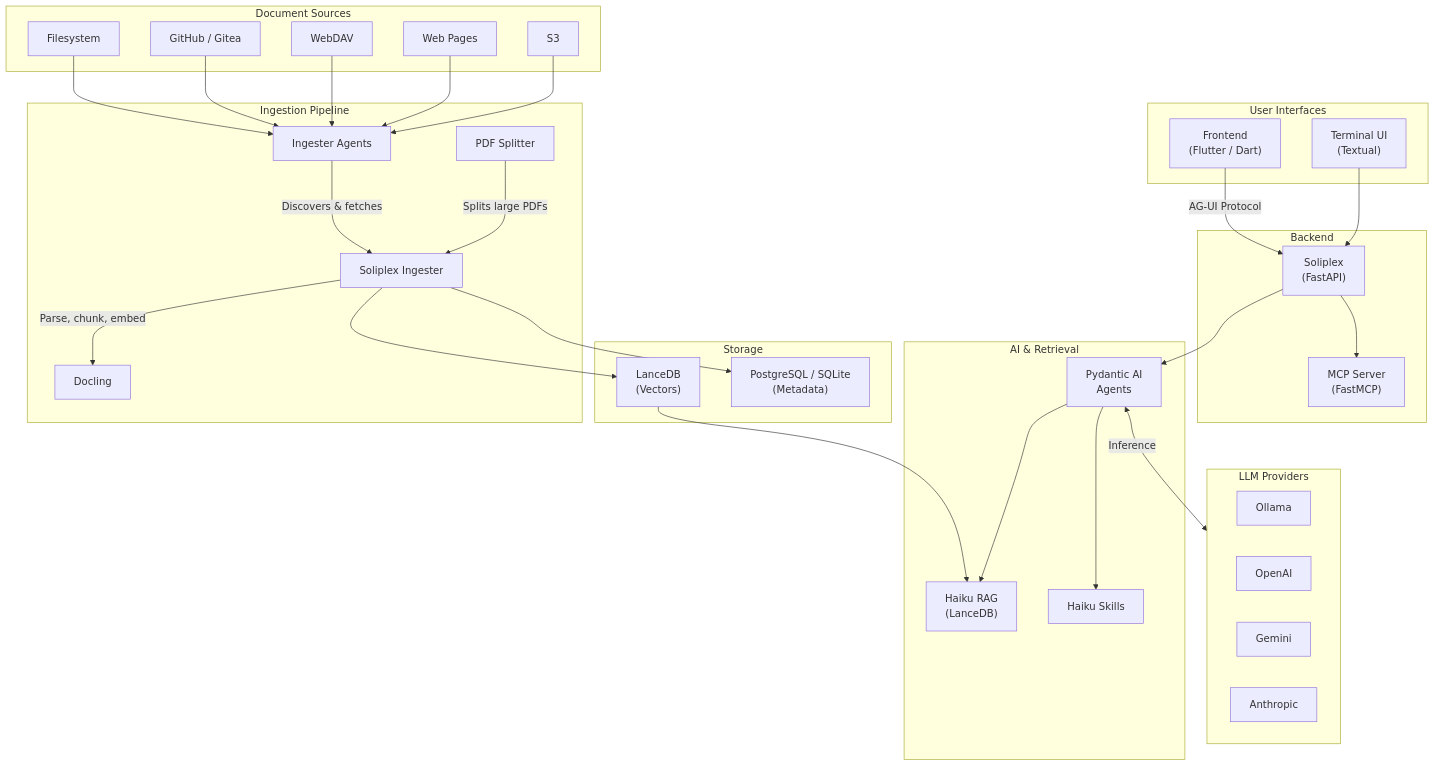
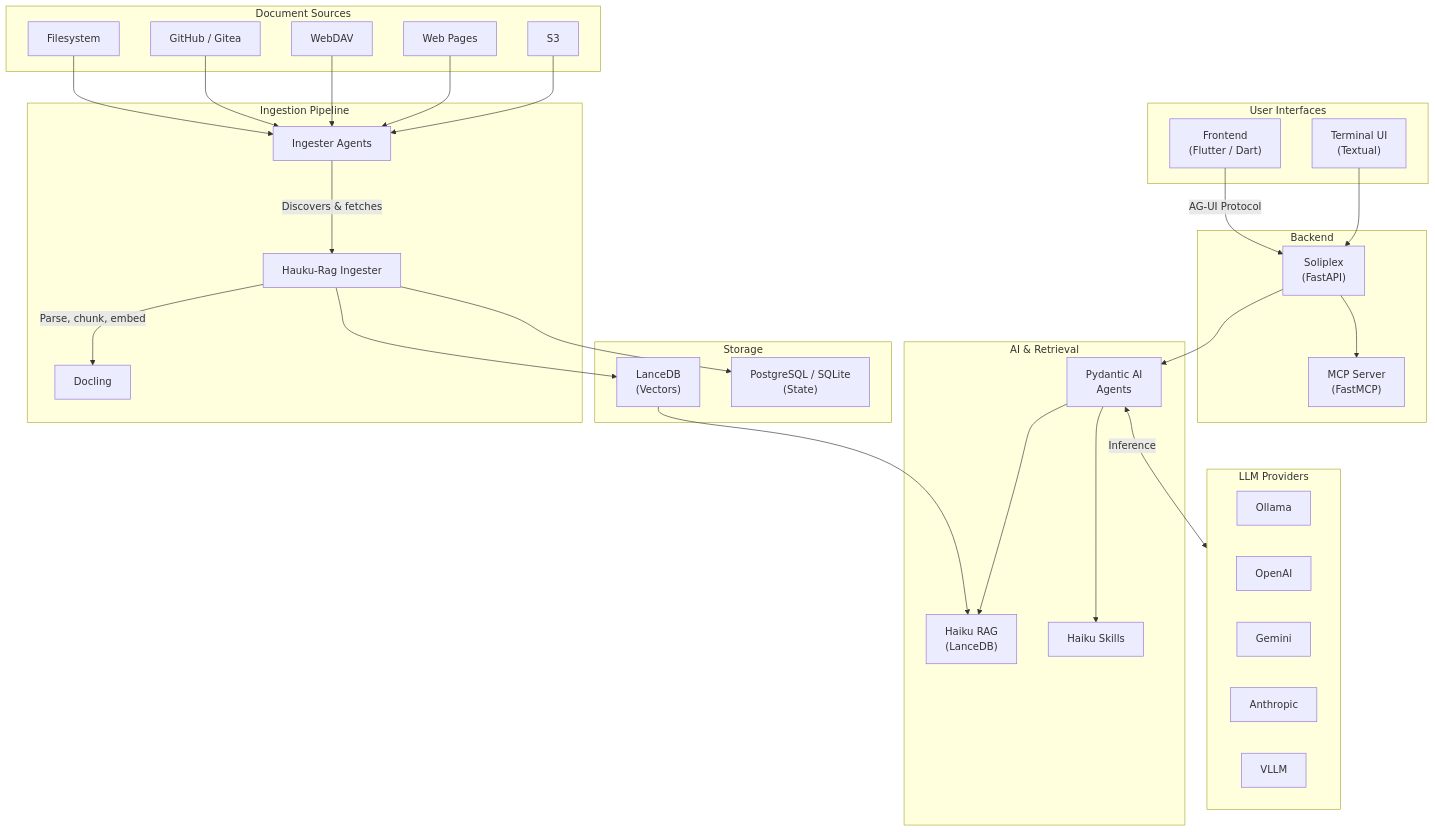
One commit to soliplex/.github changed the diagram in profile/README.md. Above: the diagram before and after it, drawn with Mermaid. The commit also changed other lines of this file, not shown here.

Commit message:
remove ingester, add concierge

````diff
--- a/profile/README.md
+++ b/profile/README.md
@@ -13,68 +13,67 @@
 ```mermaid
 graph TB
     
     subgraph "User Interfaces"
         FE["Frontend<br/>(Flutter / Dart)"]
         TUI["Terminal UI<br/>(Textual)"]
     end
 
 
     subgraph "Backend"
         SX["Soliplex<br/>(FastAPI)"]
         MCP["MCP Server<br/>(FastMCP)"]
     end
 
     subgraph "AI & Retrieval"
         PAI["Pydantic AI<br/>Agents"]
         HR["Haiku RAG<br/>(LanceDB)"]
         HS["Haiku Skills"]
     end
 
     
     subgraph "Storage"
         LDB["LanceDB<br/>(Vectors)"]
-        PG["PostgreSQL / SQLite<br/>(Metadata)"]
+        PG["PostgreSQL / SQLite<br/>(State)"]
     end
     subgraph LLM["LLM Providers"]
         OL["Ollama"]
         OA["OpenAI"]
         GE["Gemini"]
         AN["Anthropic"]
+        VL["VLLM"]
     end
         subgraph "Ingestion Pipeline"
         IA["Ingester Agents"]
-        SI["Soliplex Ingester"]
-        PS["PDF Splitter"]
+        SI["Hauku-Rag Ingester"]        
         DL["Docling"]
     end
     subgraph "Document Sources"
         FS["Filesystem"]
         SCM["GitHub / Gitea"]
         WD["WebDAV"]
         WEB["Web Pages"]
         S3["S3"]
     end
 
 
     FE -->|"AG-UI Protocol"| SX
     TUI --> SX
     SX --> PAI
     SX --> MCP
     PAI --> HR
     PAI --> HS
     LDB --> HR
 
     FS --> IA
     SCM --> IA
     WD --> IA
     WEB --> IA
     S3 --> IA
-    IA -->|"Discovers & fetches"| SI
-    PS -->|"Splits large PDFs"| SI
+    IA -->|"Discovers & fetches"| SI    
     SI -->|"Parse, chunk, embed"| DL
 
     PAI <-->|"Inference"| LLM
 
     SI --> LDB
     SI --> PG
 ```
````
